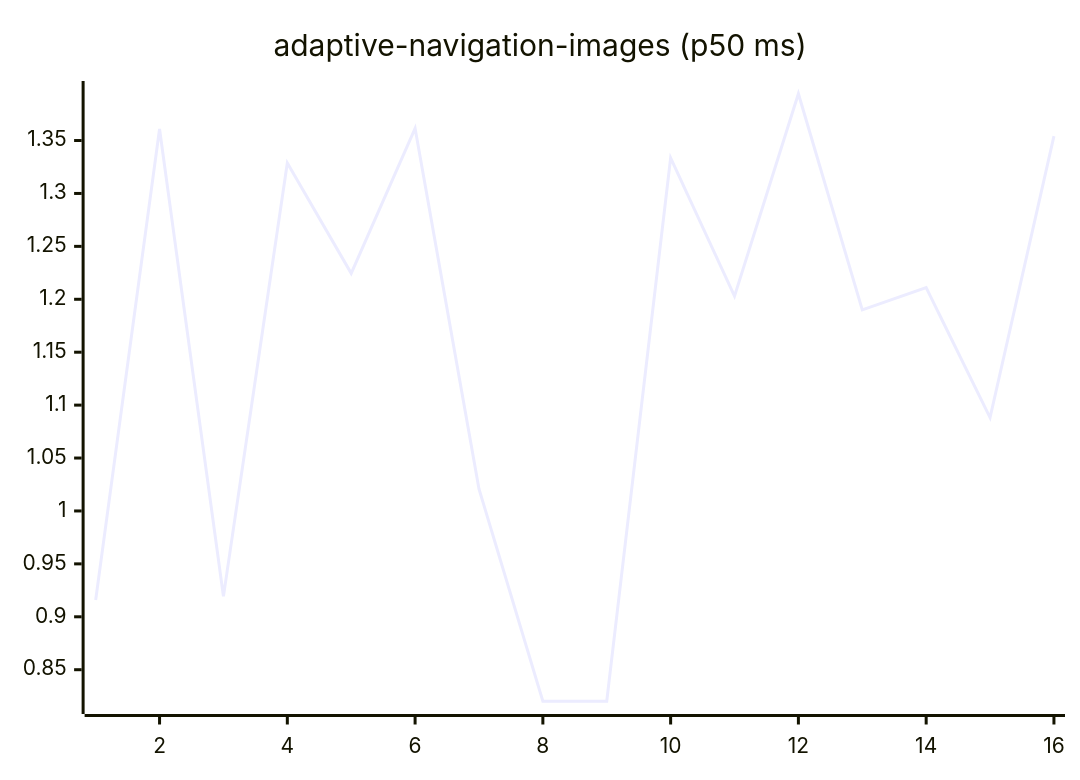
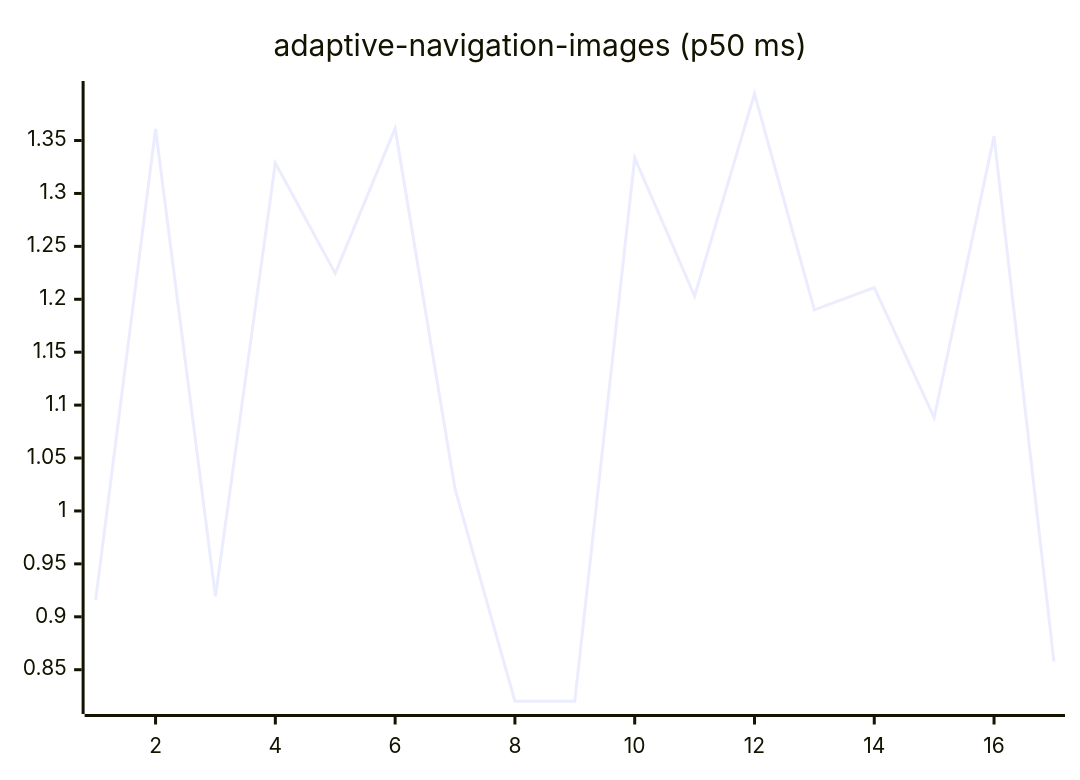
The first of 27 diagrams in README.md (josha/Facet), drawn with Mermaid before and after one commit. The commit also changed other lines of this file and 2 other files, not shown here.

````diff
--- a/README.md
+++ b/README.md
@@ -63,6 +63,6 @@
 ```mermaid
 xychart-beta
     title "adaptive-navigation-images (p50 ms)"
-    x-axis 1 --> 16
-    line [0.9159, 1.3609, 0.9193, 1.3288, 1.2245, 1.3615, 1.0208, 0.8202, 0.8203, 1.3336, 1.2030, 1.3942, 1.1900, 1.2110, 1.0882, 1.3541]
+    x-axis 1 --> 17
+    line [0.9159, 1.3609, 0.9193, 1.3288, 1.2245, 1.3615, 1.0208, 0.8202, 0.8203, 1.3336, 1.2030, 1.3942, 1.1900, 1.2110, 1.0882, 1.3541, 0.8576]
 ```
````
